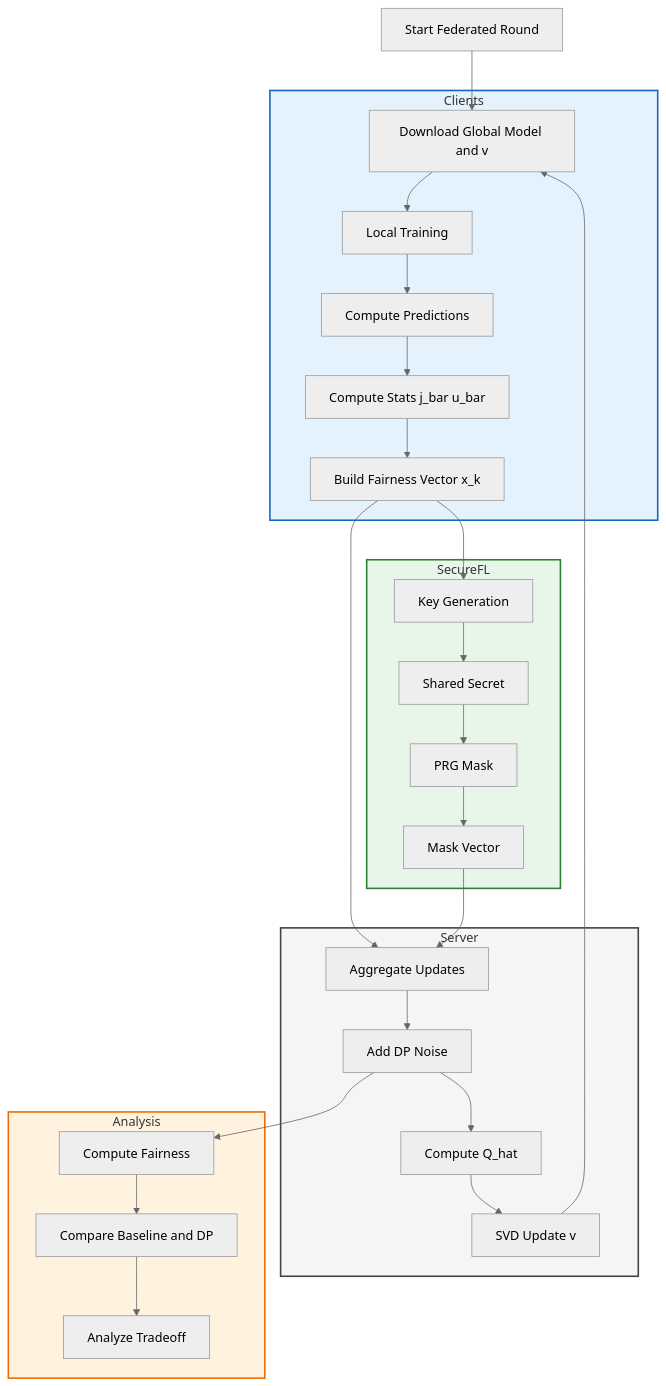
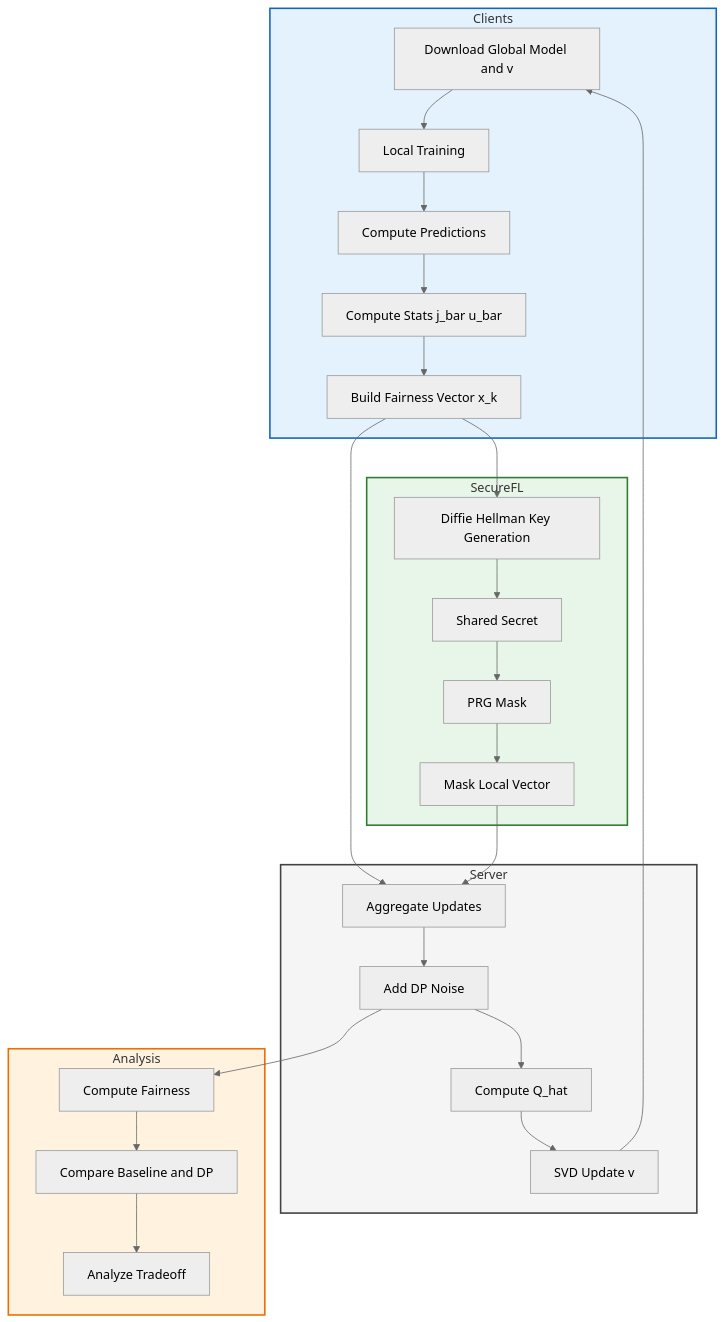
One commit to aman010/Secure_FedRenyi changed the diagram in README.md. Above: the diagram before and after it, drawn with Mermaid (neutral theme). The commit also changed other lines of this file, not shown here.

````diff
--- a/README.md
+++ b/README.md
@@ -1,62 +16,59 @@
 ```mermaid
 graph TD
-
-%% ================= OVERVIEW =================
-START[Start Federated Round]
 
 %% ================= CLIENT SIDE =================
 subgraph Clients
     C1[Download Global Model and v]
     C2[Local Training]
     C3[Compute Predictions]
     C4[Compute Stats j_bar u_bar]
     C5[Build Fairness Vector x_k]
 end
 
 %% ================= SECURE LAYER =================
 subgraph SecureFL
-    S1[Key Generation]
+    S1[Diffie Hellman Key Generation]
     S2[Shared Secret]
     S3[PRG Mask]
-    S4[Mask Vector]
+    S4[Mask Local Vector]
 end
 
 %% ================= SERVER =================
 subgraph Server
     SV1[Aggregate Updates]
     SV2[Add DP Noise]
     SV3[Compute Q_hat]
     SV4[SVD Update v]
 end
 
 %% ================= ANALYSIS =================
 subgraph Analysis
     A1[Compute Fairness]
     A2[Compare Baseline and DP]
     A3[Analyze Tradeoff]
 end
 
 %% ================= FLOW =================
-START --> C1 --> C2 --> C3 --> C4 --> C5
+C1 --> C2 --> C3 --> C4 --> C5
 
 %% baseline path
 C5 --> SV1
 
 %% secure path
 C5 --> S1 --> S2 --> S3 --> S4 --> SV1
 
-%% server flow
+%% server pipeline
 SV1 --> SV2 --> SV3 --> SV4
 
 %% feedback loop
 SV4 --> C1
 
-%% analysis branch
+%% analysis
 SV2 --> A1 --> A2 --> A3
 
 %% ================= STYLING =================
 style Clients fill:#e3f2fd,stroke:#1565c0,stroke-width:2px
 style SecureFL fill:#e8f5e9,stroke:#2e7d32,stroke-width:2px
 style Server fill:#f5f5f5,stroke:#424242,stroke-width:2px
 style Analysis fill:#fff3e0,stroke:#ef6c00,stroke-width:2px
 ```
````
